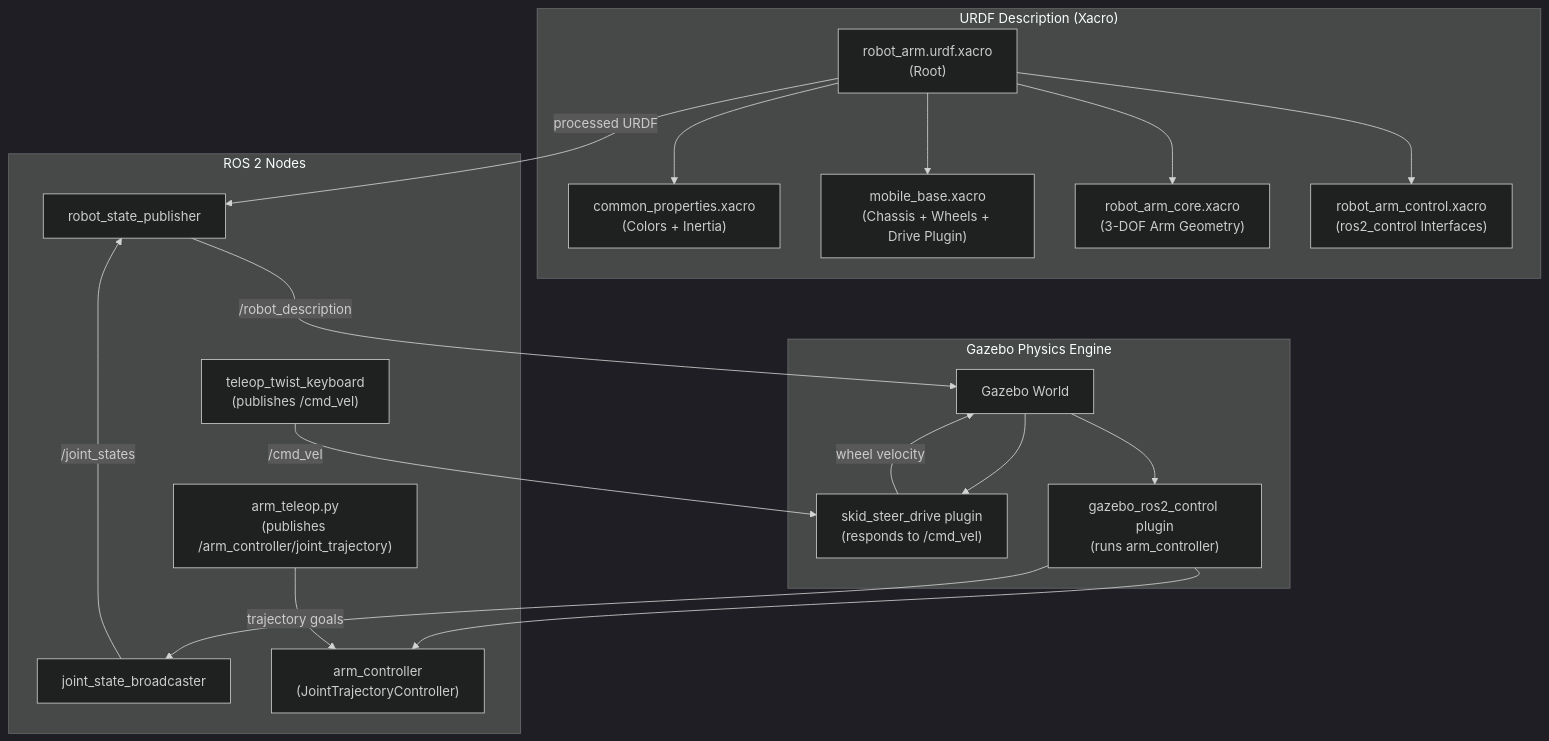
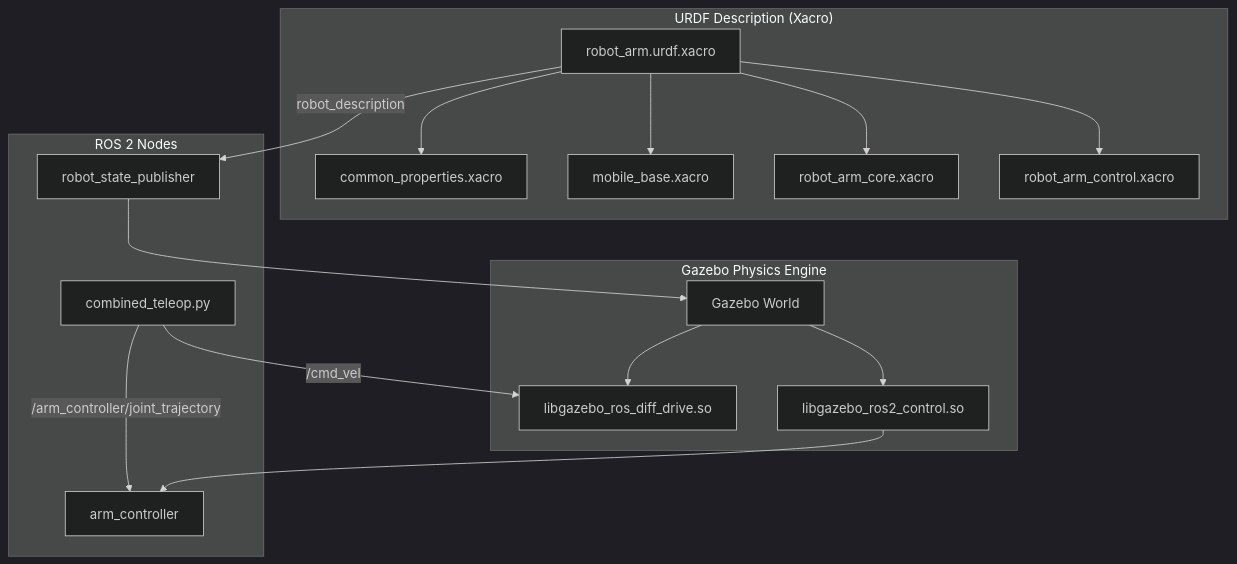
One commit to Kshitij0610/Basics-of-ROS-and--SLAM changed the diagram in Practical_3_Gazebo_Simulation/README.md. Above: the diagram before and after it, drawn with Mermaid (dark theme). The commit also changed other lines of this file and 5 other files, not shown here.

Commit message:
Fix Practical 3: Add package.xml, CMakeLists.txt, update robot_arm_control.xacro and launch_sim.sh for portable package resolution

````diff
--- a/Practical_3_Gazebo_Simulation/README.md
+++ b/Practical_3_Gazebo_Simulation/README.md
@@ -202,34 +128,30 @@
 ```mermaid
 graph TD
     subgraph URDF ["URDF Description (Xacro)"]
-        ROOT["robot_arm.urdf.xacro\n(Root)"]
-        CP["common_properties.xacro\n(Colors + Inertia)"]
-        MB["mobile_base.xacro\n(Chassis + Wheels + Drive Plugin)"]
-        AC["robot_arm_core.xacro\n(3-DOF Arm Geometry)"]
-        CTRL["robot_arm_control.xacro\n(ros2_control Interfaces)"]
+        ROOT["robot_arm.urdf.xacro"]
+        CP["common_properties.xacro"]
+        MB["mobile_base.xacro"]
+        AC["robot_arm_core.xacro"]
+        CTRL["robot_arm_control.xacro"]
         ROOT --> CP & MB & AC & CTRL
     end
 
     subgraph Gazebo ["Gazebo Physics Engine"]
         GZ["Gazebo World"]
-        DD["skid_steer_drive plugin\n(responds to /cmd_vel)"]
-        GZC["gazebo_ros2_control plugin\n(runs arm_controller)"]
+        DD["libgazebo_ros_diff_drive.so"]
+        GZC["libgazebo_ros2_control.so"]
     end
 
     subgraph ROS2 ["ROS 2 Nodes"]
         RSP["robot_state_publisher"]
-        JSB["joint_state_broadcaster"]
-        ARM["arm_controller\n(JointTrajectoryController)"]
-        TK["teleop_twist_keyboard\n(publishes /cmd_vel)"]
-        AT["arm_teleop.py\n(publishes /arm_controller/joint_trajectory)"]
+        ARM["arm_controller"]
+        COMB["combined_teleop.py"]
     end
 
-    ROOT -->|processed URDF| RSP
-    RSP -->|/robot_description| GZ
+    ROOT -->|robot_description| RSP
+    RSP --> GZ
     GZ --> DD & GZC
-    DD -->|wheel velocity| GZ
-    TK -->|/cmd_vel| DD
-    GZC --> ARM & JSB
-    AT -->|trajectory goals| ARM
-    JSB -->|/joint_states| RSP
+    COMB -->|/cmd_vel| DD
+    COMB -->|/arm_controller/joint_trajectory| ARM
+    GZC --> ARM
 ```
````
